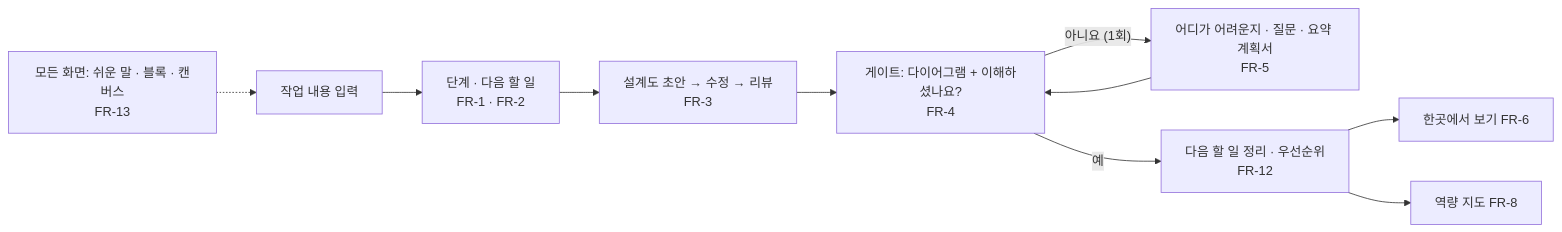
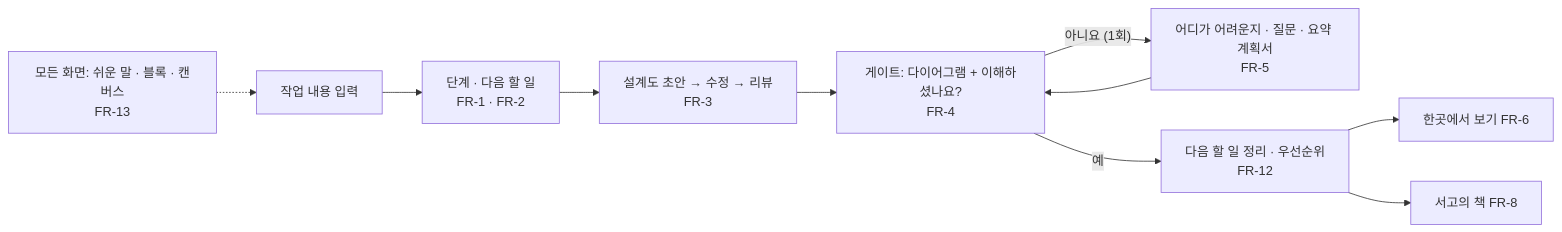
The first of 2 diagrams in 01-docs/00-overview/team-priorities.md (2026-Codyssey-Final-Proj/Final-Proj), drawn with Mermaid before and after one commit. The commit also changed other lines of this file and 55 other files, not shown here.

````diff
--- a/01-docs/00-overview/team-priorities.md
+++ b/01-docs/00-overview/team-priorities.md
@@ -67,12 +67,12 @@
 ```mermaid
 flowchart LR
     A["작업 내용 입력"] --> B["단계 · 다음 할 일<br/>FR-1 · FR-2"]
     B --> C["설계도 초안 → 수정 → 리뷰<br/>FR-3"]
     C --> D["게이트: 다이어그램 + 이해하셨나요?<br/>FR-4"]
     D -->|"아니요 (1회)"| E["어디가 어려운지 · 질문 · 요약 계획서<br/>FR-5"]
     E --> D
     D -->|"예"| F["다음 할 일 정리 · 우선순위<br/>FR-12"]
     F --> G["한곳에서 보기 FR-6"]
-    F --> H["역량 지도 FR-8"]
+    F --> H["서고의 책 FR-8"]
     X["모든 화면: 쉬운 말 · 블록 · 캔버스<br/>FR-13"] -.-> A
 ```
````
